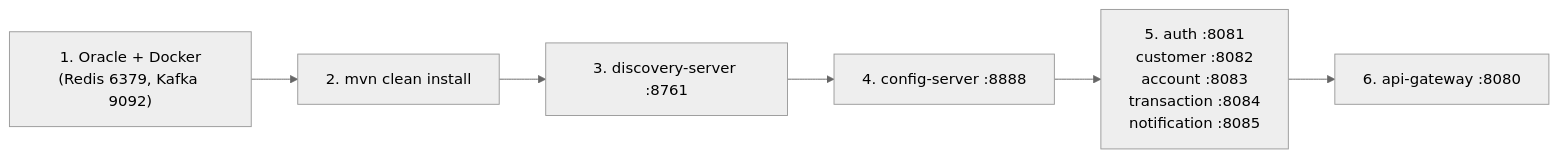
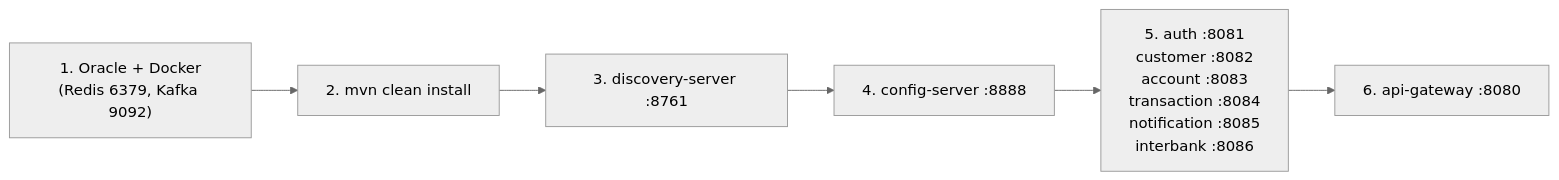
Before and after one commit to thanhthanh11/claudeCode: diagram 17 of 17 in nghiep-vu-ngan-hang.md, drawn with Mermaid (neutral theme). The commit also changed other lines of this file and 116 other files, not shown here.

````diff
--- a/nghiep-vu-ngan-hang.md
+++ b/nghiep-vu-ngan-hang.md
@@ -703,8 +858,8 @@
 ```mermaid
 flowchart LR
     A["1. Oracle + Docker<br/>(Redis 6379, Kafka 9092)"] --> B["2. mvn clean install"]
     B --> C["3. discovery-server :8761"]
     C --> D["4. config-server :8888"]
-    D --> E["5. auth :8081<br/>customer :8082<br/>account :8083<br/>transaction :8084<br/>notification :8085"]
+    D --> E["5. auth :8081<br/>customer :8082<br/>account :8083<br/>transaction :8084<br/>notification :8085<br/>interbank :8086"]
     E --> F["6. api-gateway :8080"]
 ```
````
